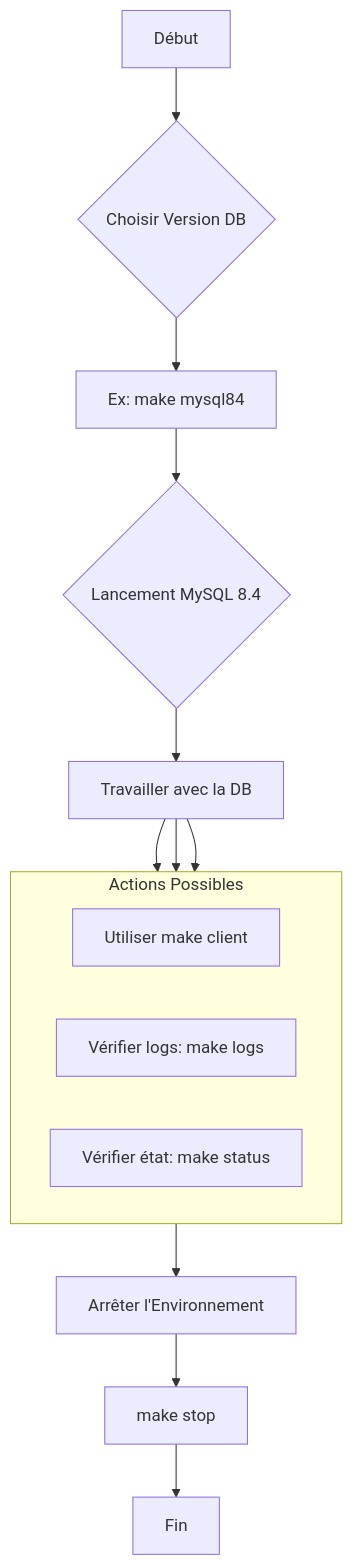
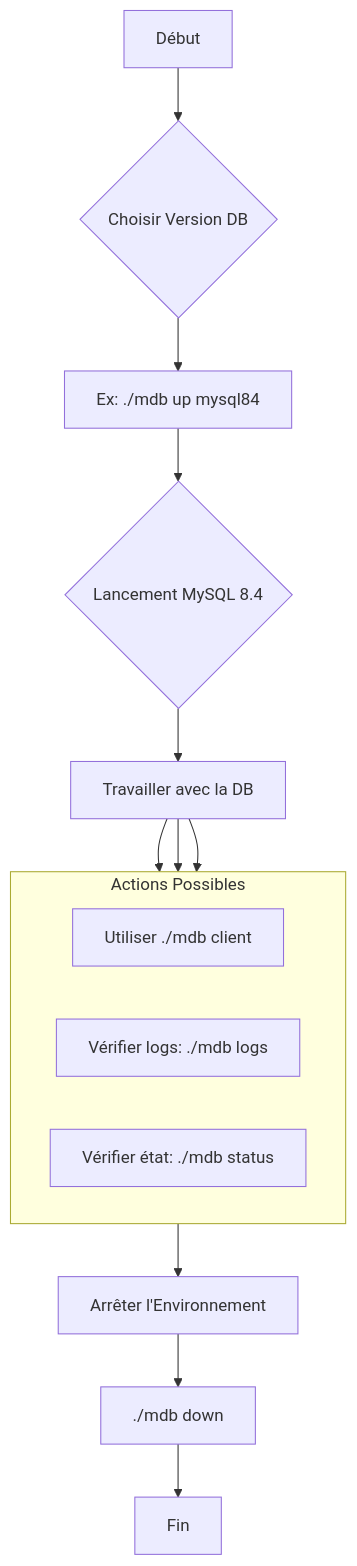
Before and after one commit to jmrenouard/multi-db-docker-env: the second of 2 diagrams in README_fr.md, drawn with Mermaid. The commit also changed other lines of this file, not shown here.

Commit message:
docs(readme-fr): synchronize README_fr.md with ./mdb unified entry point and YT Cluster links (Refs #351)

````diff
--- a/README_fr.md
+++ b/README_fr.md
@@ -303,17 +298,17 @@
 ```mermaid
 graph TD
     A[Début] --> B{Choisir Version DB};
-    B --> C[Ex: make mysql84];
+    B --> C[Ex: ./mdb up mysql84];
     C --> D{Lancement MySQL 8.4};
     D --> E[Travailler avec la DB];
     subgraph "Actions Possibles"
         direction LR
-        F[Utiliser make client]
-        G[Vérifier logs: make logs]
-        H[Vérifier état: make status]
+        F[Utiliser ./mdb client]
+        G[Vérifier logs: ./mdb logs]
+        H[Vérifier état: ./mdb status]
     end
     E --> F & G & H;
     H --> I[Arrêter l'Environnement];
-    I --> J[make stop];
+    I --> J[./mdb down];
     J --> K[Fin];
 ```
````
